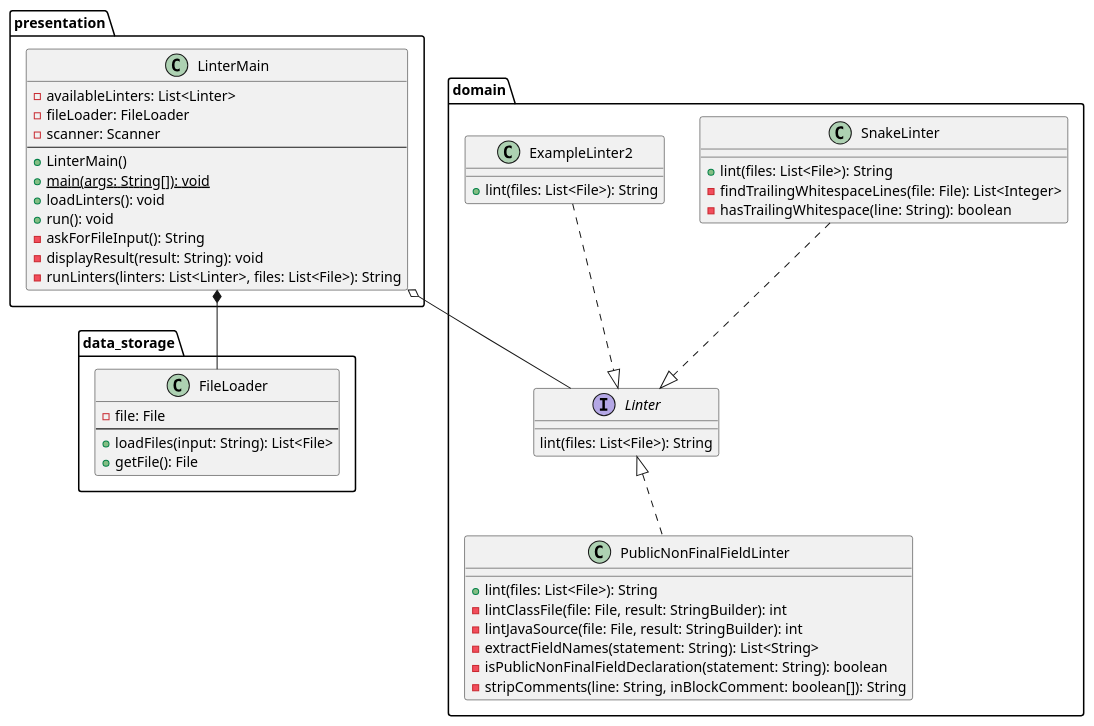
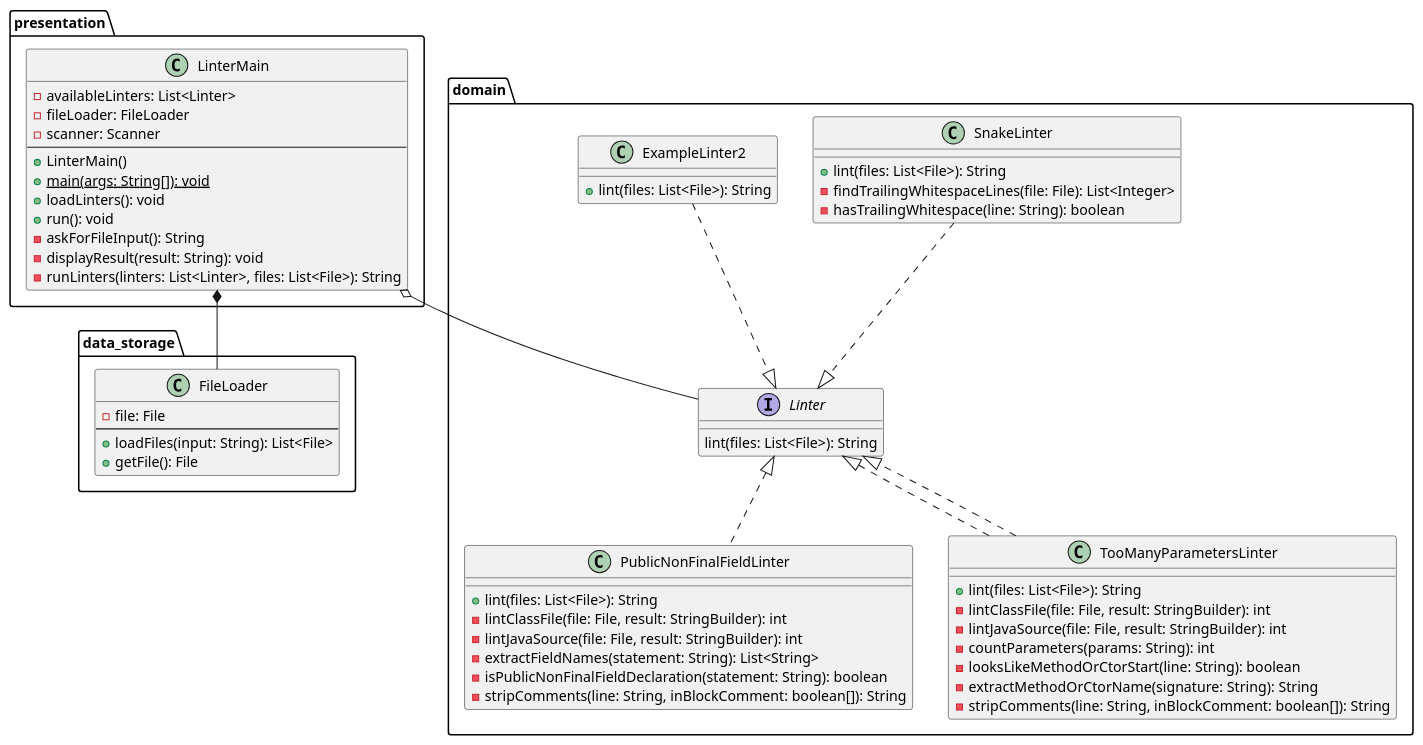
The diagram in current.puml (rhit-medleymc/CSSE374-Linter-Project), drawn with PlantUML before and after one commit.

Commit message:
design for toomanyparameterslinter

```diff
--- a/current.puml
+++ b/current.puml
@@ -6,56 +6,67 @@
 @startuml
 package data_storage{
   class FileLoader {
     -file: File
     --
     +loadFiles(input: String): List<File>
     +getFile(): File
   }
 }
 
 package domain{
   class SnakeLinter {
     +lint(files: List<File>): String
     -findTrailingWhitespaceLines(file: File): List<Integer>
     -hasTrailingWhitespace(line: String): boolean
   }
 
   class PublicNonFinalFieldLinter implements Linter{
     +lint(files: List<File>): String
     -lintClassFile(file: File, result: StringBuilder): int
     -lintJavaSource(file: File, result: StringBuilder): int
     -extractFieldNames(statement: String): List<String>
     -isPublicNonFinalFieldDeclaration(statement: String): boolean
     -stripComments(line: String, inBlockComment: boolean[]): String
   }
 
   class ExampleLinter2 {
     +lint(files: List<File>): String
   }
 
+  class TooManyParametersLinter implements Linter{
+    +lint(files: List<File>): String
+    -lintClassFile(file: File, result: StringBuilder): int
+    -lintJavaSource(file: File, result: StringBuilder): int
+    -countParameters(params: String): int
+    -looksLikeMethodOrCtorStart(line: String): boolean
+    -extractMethodOrCtorName(signature: String): String
+    -stripComments(line: String, inBlockComment: boolean[]): String
+  }
+
   interface Linter {
     lint(files: List<File>): String
   }
 }
 
 package presentation{
   class LinterMain {
     -availableLinters: List<Linter>
     -fileLoader: FileLoader
     -scanner: Scanner
     --
     +LinterMain()
     +{static} main(args: String[]): void
     +loadLinters(): void
     +run(): void
     -askForFileInput(): String
     -displayResult(result: String): void
     -runLinters(linters: List<Linter>, files: List<File>): String
   }
 }
 
 SnakeLinter ..|> Linter
 ExampleLinter2 ..|> Linter
+TooManyParametersLinter ..|> Linter
 LinterMain o-- Linter
 LinterMain *-- FileLoader
 @enduml
```
